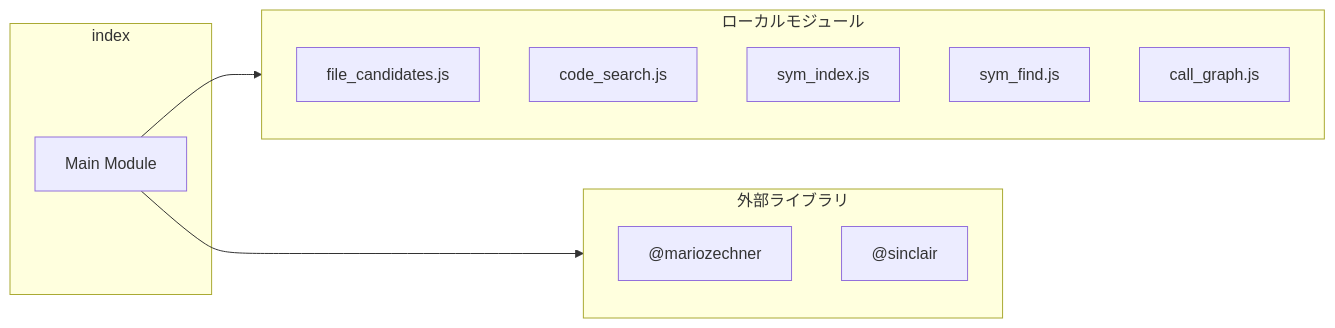
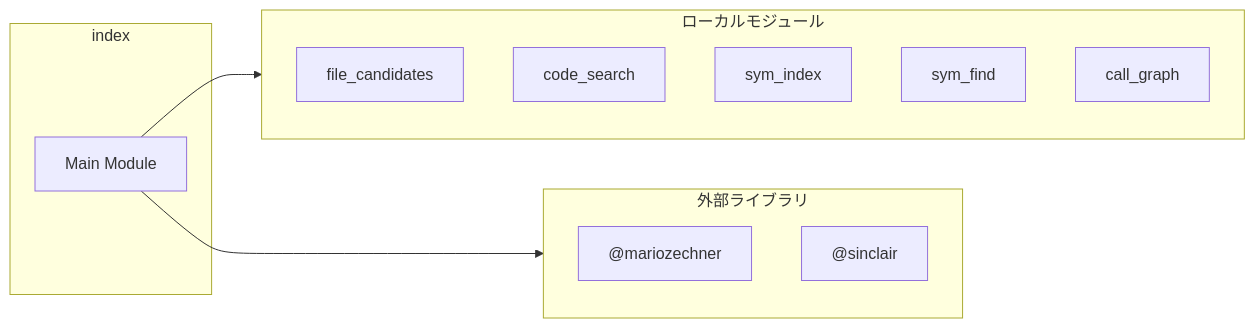
Before and after one commit to Mekann2904/mekann: the diagram in ABDD/.pi/extensions/search/index.md, drawn with Mermaid. The commit also changed other lines of this file and 174 other files, not shown here.

First line of the commit message:
fix(docs): ABDDのMermaid図生成エラーを修正する

````diff
--- a/ABDD/.pi/extensions/search/index.md
+++ b/ABDD/.pi/extensions/search/index.md
@@ -36,20 +36,20 @@
 ```mermaid
 flowchart LR
   subgraph this[index]
     main[Main Module]
   end
   subgraph local[ローカルモジュール]
-    file_candidates_js["file_candidates.js"]
-    code_search_js["code_search.js"]
-    sym_index_js["sym_index.js"]
-    sym_find_js["sym_find.js"]
-    call_graph_js["call_graph.js"]
+    file_candidates["file_candidates"]
+    code_search["code_search"]
+    sym_index["sym_index"]
+    sym_find["sym_find"]
+    call_graph["call_graph"]
   end
   main --> local
   subgraph external[外部ライブラリ]
     _mariozechner["@mariozechner"]
     _sinclair["@sinclair"]
     _mariozechner["@mariozechner"]
   end
   main --> external
 ```
````
